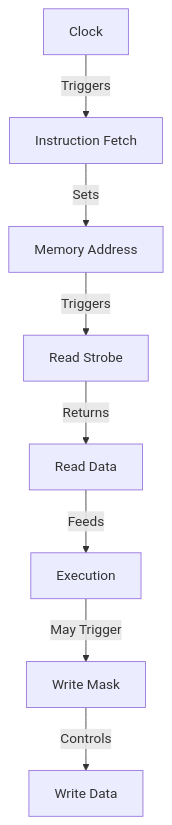
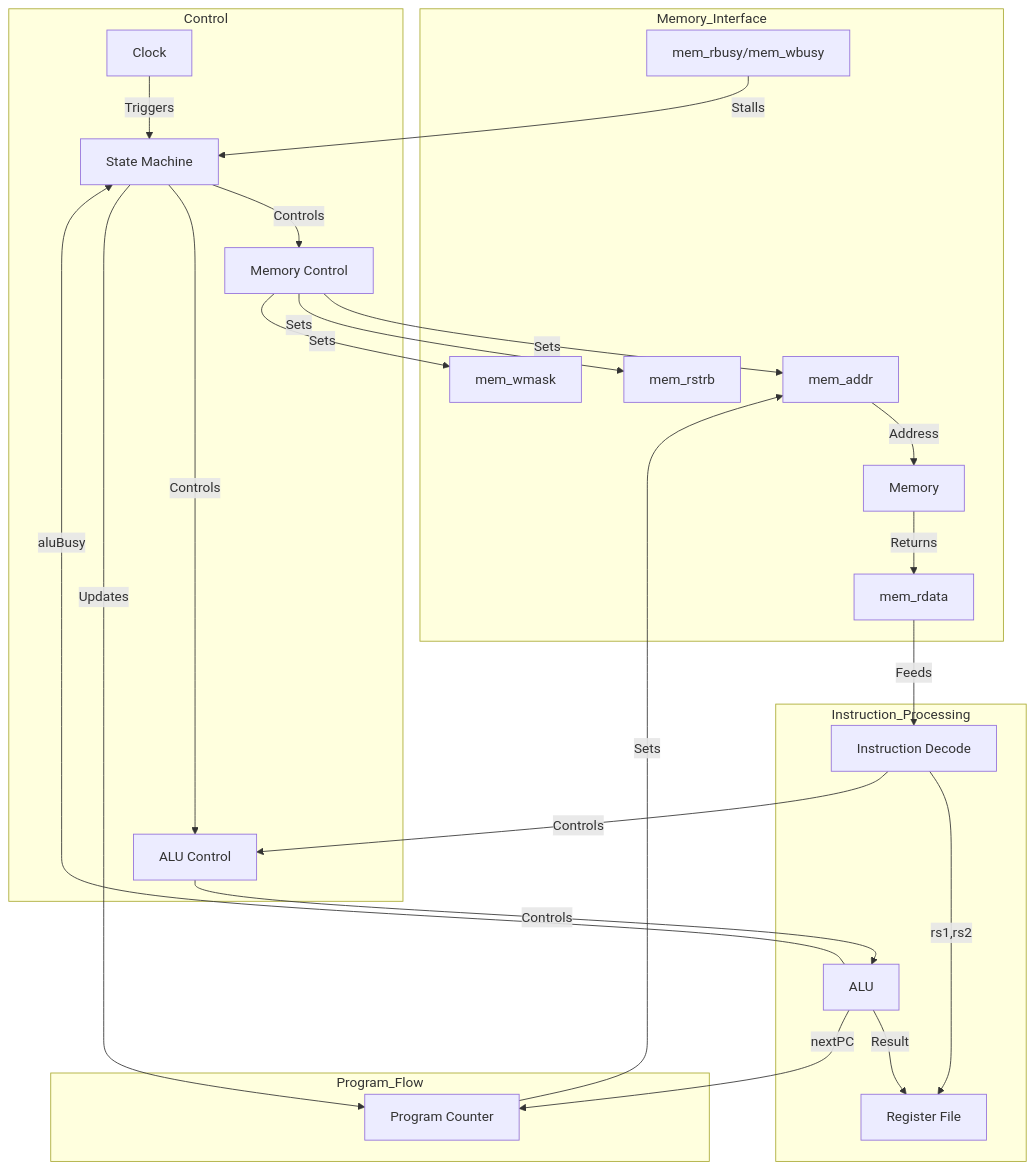
Before and after one commit to mamed00-dotcom/verilog_projects: the second of 2 diagrams in femtorv_project/README.md, drawn with Mermaid. The commit also changed other lines of this file, not shown here.

````diff
--- a/femtorv_project/README.md
+++ b/femtorv_project/README.md
@@ -219,10 +299,32 @@
 ```mermaid
 graph TD
-    CLK[Clock] -->|Triggers| FETCH[Instruction Fetch]
-    FETCH -->|Sets| ADDR[Memory Address]
-    ADDR -->|Triggers| RSTRB[Read Strobe]
-    RSTRB -->|Returns| RDATA[Read Data]
-    RDATA -->|Feeds| EXEC[Execution]
-    EXEC -->|May Trigger| WMASK[Write Mask]
-    WMASK -->|Controls| WDATA[Write Data]
+    subgraph Control
+        CLK[Clock] -->|Triggers| STATE[State Machine]
+        STATE -->|Controls| MEM_CTRL[Memory Control]
+        STATE -->|Controls| ALU_CTRL[ALU Control]
+    end
+
+    subgraph Memory_Interface
+        MEM_CTRL -->|Sets| MEM_ADDR[mem_addr]
+        MEM_CTRL -->|Sets| MEM_RSTRB[mem_rstrb]
+        MEM_CTRL -->|Sets| MEM_WMASK[mem_wmask]
+        MEM_ADDR -->|Address| MEM[Memory]
+        MEM -->|Returns| MEM_RDATA[mem_rdata]
+        MEM_BUSY[mem_rbusy/mem_wbusy] -->|Stalls| STATE
+    end
+
+    subgraph Instruction_Processing
+        MEM_RDATA -->|Feeds| DECODE[Instruction Decode]
+        DECODE -->|rs1,rs2| REG_FILE[Register File]
+        DECODE -->|Controls| ALU_CTRL
+        ALU_CTRL -->|Controls| ALU[ALU]
+        ALU -->|aluBusy| STATE
+        ALU -->|Result| REG_FILE
+    end
+
+    subgraph Program_Flow
+        PC[Program Counter] -->|Sets| MEM_ADDR
+        ALU -->|nextPC| PC
+        STATE -->|Updates| PC
+    end
 ```
````
